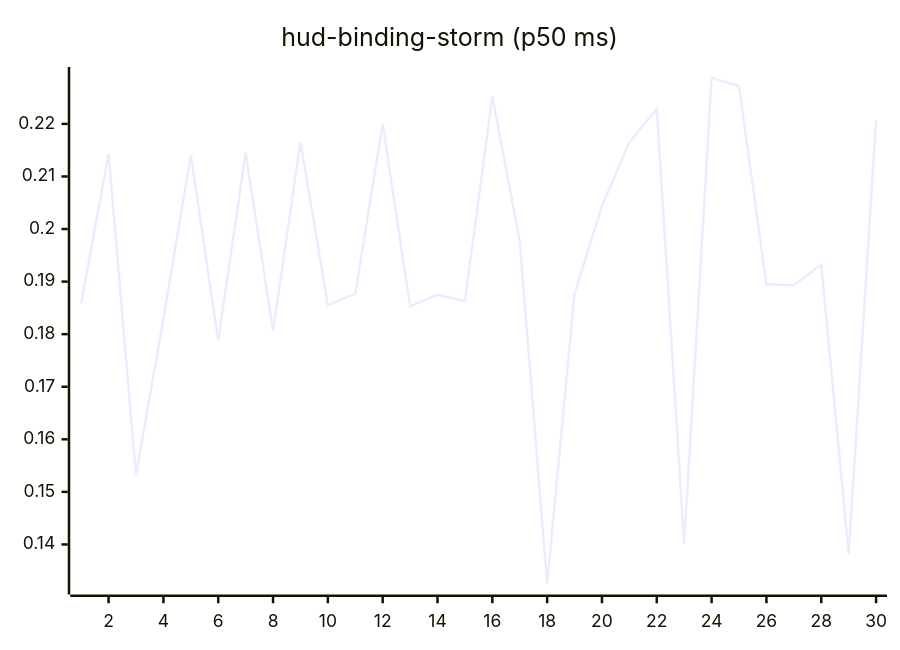
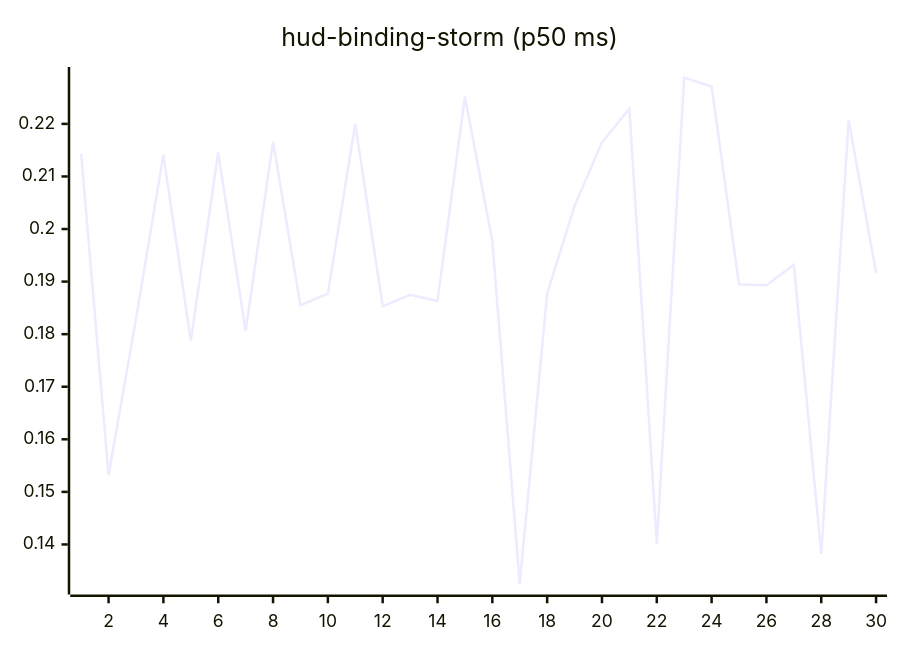
The tenth of 27 diagrams in README.md (josha/Facet), drawn with Mermaid before and after one commit. The commit also changed other lines of this file and 2 other files, not shown here.

````diff
--- a/README.md
+++ b/README.md
@@ -126,6 +126,6 @@
 ```mermaid
 xychart-beta
     title "hud-binding-storm (p50 ms)"
     x-axis 1 --> 30
-    line [0.1859, 0.2143, 0.1532, 0.1829, 0.2141, 0.1788, 0.2145, 0.1806, 0.2166, 0.1855, 0.1877, 0.2200, 0.1853, 0.1875, 0.1863, 0.2252, 0.1977, 0.1325, 0.1877, 0.2044, 0.2165, 0.2229, 0.1401, 0.2288, 0.2271, 0.1895, 0.1893, 0.1932, 0.1382, 0.2207]
+    line [0.2143, 0.1532, 0.1829, 0.2141, 0.1788, 0.2145, 0.1806, 0.2166, 0.1855, 0.1877, 0.2200, 0.1853, 0.1875, 0.1863, 0.2252, 0.1977, 0.1325, 0.1877, 0.2044, 0.2165, 0.2229, 0.1401, 0.2288, 0.2271, 0.1895, 0.1893, 0.1932, 0.1382, 0.2207, 0.1917]
 ```
````
